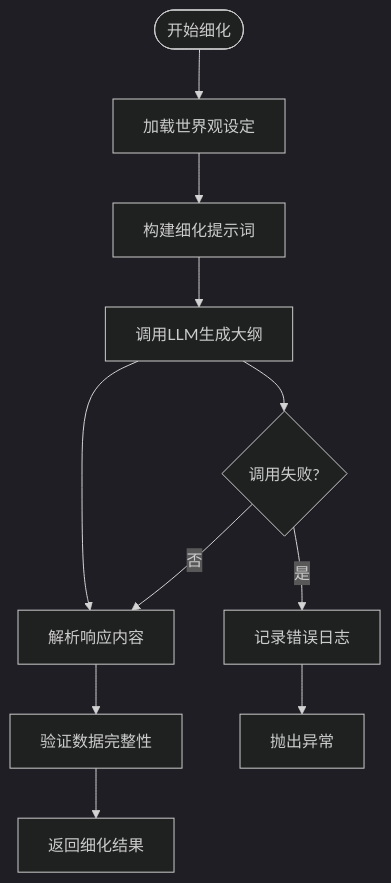
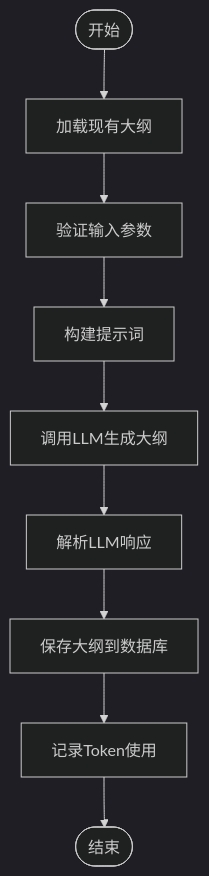
Before and after one commit to xfbyxq/ai-novel-system: the sixth of 15 diagrams in .qoder/repowiki/zh/content/AI智能体系统/智能大纲完善系统.md, drawn with Mermaid (dark theme). The commit also changed other lines of this file and 8 other files, not shown here.

````diff
--- a/.qoder/repowiki/zh/content/AI智能体系统/智能大纲完善系统.md
+++ b/.qoder/repowiki/zh/content/AI智能体系统/智能大纲完善系统.md
@@ -336,13 +358,11 @@
 ```mermaid
 flowchart TD
-Start([开始细化]) --> LoadData[加载世界观设定]
-LoadData --> BuildPrompt[构建细化提示词]
-BuildPrompt --> CallLLM[调用LLM生成大纲]
-CallLLM --> ParseResponse[解析响应内容]
-ParseResponse --> ValidateData[验证数据完整性]
-ValidateData --> ReturnResult[返回细化结果]
-CallLLM --> ErrorHandle{调用失败?}
-ErrorHandle --> |是| LogError[记录错误日志]
-ErrorHandle --> |否| ParseResponse
-LogError --> RaiseError[抛出异常]
+Start([开始]) --> LoadOutline["加载现有大纲"]
+LoadOutline --> ValidateInput["验证输入参数"]
+ValidateInput --> BuildPrompt["构建提示词"]
+BuildPrompt --> CallLLM["调用LLM生成大纲"]
+CallLLM --> ParseResponse["解析LLM响应"]
+ParseResponse --> SaveOutline["保存大纲到数据库"]
+SaveOutline --> RecordUsage["记录Token使用"]
+RecordUsage --> End([结束])
 ```
````
